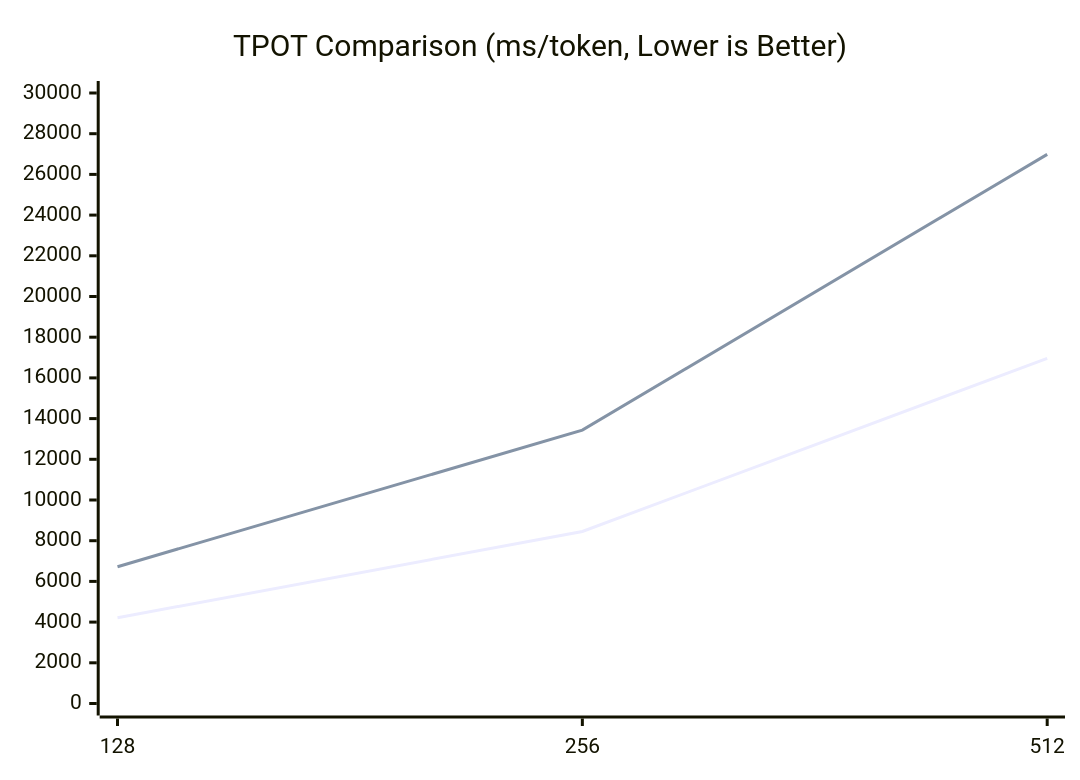
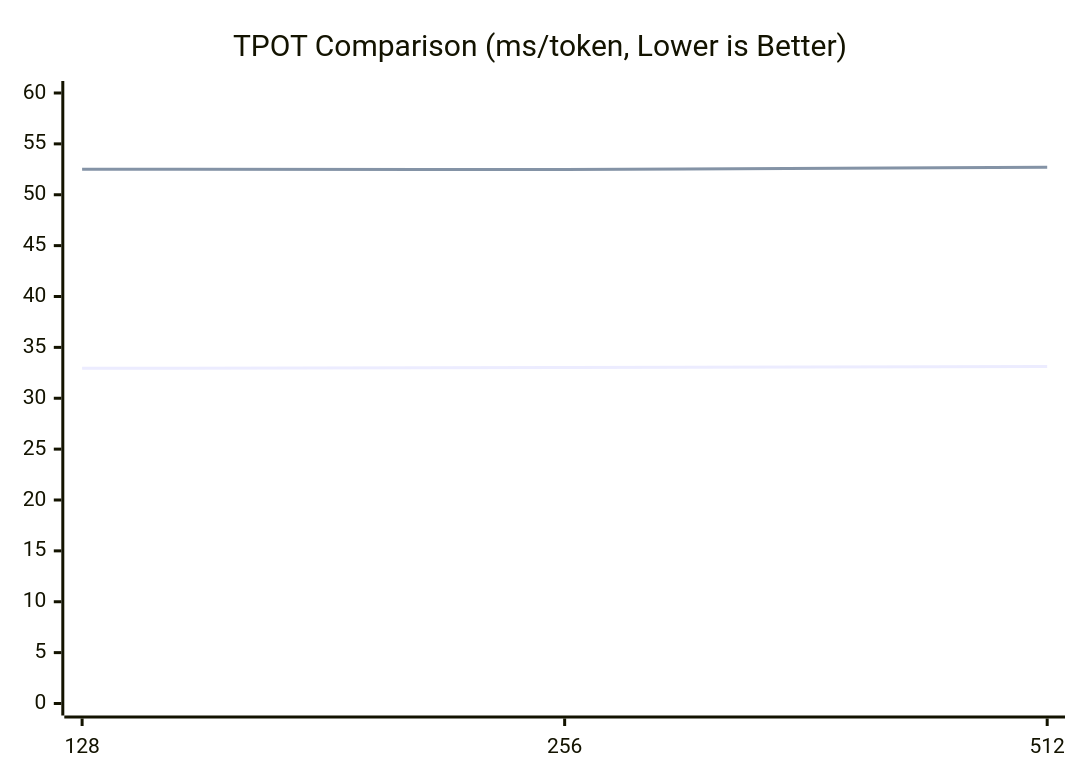
Before and after one commit to lucienhuangfu/eLLM: the diagram in README.zh-CN.md, drawn with Mermaid. The commit also changed other lines of this file and 7 other files, not shown here.

````diff
--- a/README.zh-CN.md
+++ b/README.zh-CN.md
@@ -106,8 +106,8 @@
 ```mermaid
 xychart-beta
     title "TPOT Comparison (ms/token, Lower is Better)"
     x-axis [128, 256, 512]
-    y-axis 0 --> 30000
-    line "eLLM (CPU end)" [4217, 8452, 16962]
-    line "vLLM (CPU end)" [6721, 13433, 26985]
+    y-axis 0 --> 60
+    line "eLLM (CPU end)" [32.94, 33.01, 33.13]
+    line "vLLM (CPU end)" [52.5, 52.47, 52.71]
 ```
````
